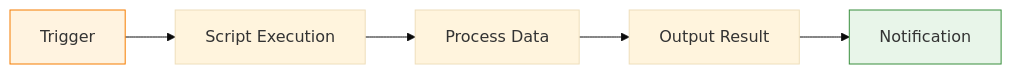
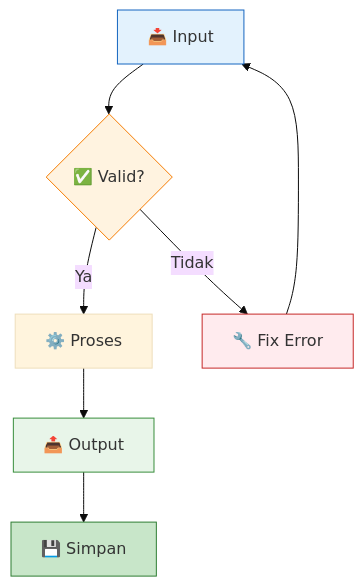
The second of 3 diagrams in docs/auto-generated/building-automated-workflows-with-openclaw-2026-03-15.md (fanani-radian/openclaw-sumopod), drawn with Mermaid (base theme) before and after one commit. The commit also changed other lines of this file and 3 other files, not shown here.

Commit message:
auto: Indonesian tutorials + colorful Mermaid diagrams - March 15, 2026

````diff
--- a/docs/auto-generated/building-automated-workflows-with-openclaw-2026-03-15.md
+++ b/docs/auto-generated/building-automated-workflows-with-openclaw-2026-03-15.md
@@ -37,10 +49,15 @@
 ```mermaid
-flowchart LR
-    A["Trigger"] --> B["Script Execution"]
-    B --> C["Process Data"]
-    C --> D["Output Result"]
-    D --> E["Notification"]
+flowchart TD
+    Input["📥 Input"] --> Check{"✅ Valid?"}
+    Check -->|Ya| Process["⚙️ Proses"]
+    Check -->|Tidak| Fix["🔧 Fix Error"]
+    Fix --> Input
+    Process --> Output["📤 Output"]
+    Output --> Save["💾 Simpan"]
     
-    style A fill:#fff3e0,stroke:#f57c00
-    style E fill:#e8f5e9,stroke:#388e3c
+    style Input fill:#e3f2fd,stroke:#1565c0
+    style Check fill:#fff3e0,stroke:#f57c00
+    style Fix fill:#ffebee,stroke:#c62828
+    style Output fill:#e8f5e9,stroke:#388e3c
+    style Save fill:#c8e6c9,stroke:#2e7d32
 ```
````
